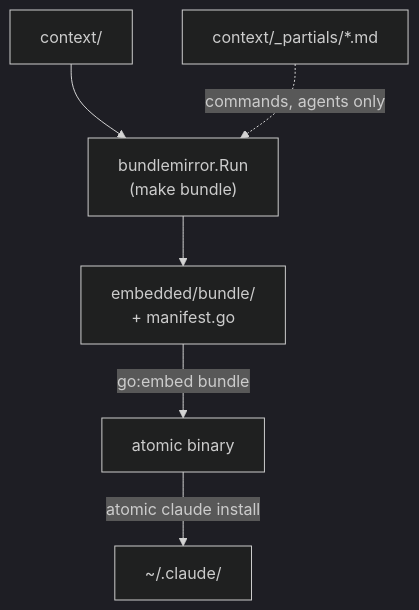
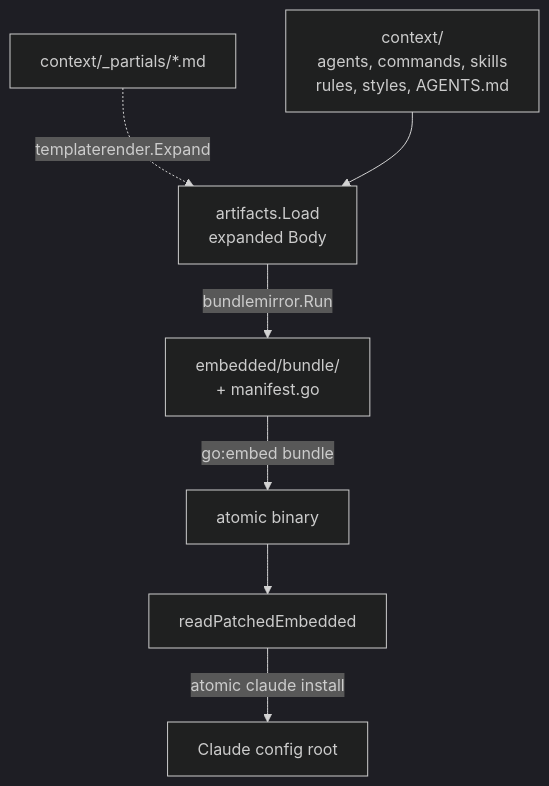
Before and after one commit to damusix/atomic-claude: the first of 5 diagrams in docs/wiki/bundle.md, drawn with Mermaid (dark theme). The commit also changed other lines of this file and 795 other files, not shown here.

First line of the commit message:
feat!: run Atomic on Claude Code, OMP, and Codex

````diff
--- a/docs/wiki/bundle.md
+++ b/docs/wiki/bundle.md
@@ -27,15 +31,13 @@
 ```mermaid
 flowchart TD
-    %% source: atomic/internal/bundlemirror/mirror.go, atomic/internal/templaterender/templaterender.go, atomic/internal/embedded/bundle.go, atomic/internal/claudeinstall/install.go
-    CTX["context/"]
+    %% source: atomic/internal/artifacts/catalog.go, atomic/internal/bundlemirror/mirror.go, atomic/internal/embedded/bundle.go, atomic/internal/claudeinstall/install.go
     PART["context/_partials/*.md"]
-    MIR["bundlemirror.Run<br/>(make bundle)"]
-    EMB["embedded/bundle/<br/>+ manifest.go"]
-    BIN["atomic binary"]
-    HOME["~/.claude/"]
-    CTX --> MIR
-    PART -.->|"commands, agents only"| MIR
-    MIR --> EMB
-    EMB -->|"go:embed bundle"| BIN
-    BIN -->|"atomic claude install"| HOME
+    CTX["context/<br/>agents, commands, skills<br/>rules, styles, AGENTS.md"]
+    CAT["artifacts.Load<br/>expanded Body"]
+    PART -.->|"templaterender.Expand"| CAT
+    CTX --> CAT
+    CAT -->|"bundlemirror.Run"| EMB["embedded/bundle/<br/>+ manifest.go"]
+    EMB -->|"go:embed bundle"| BIN["atomic binary"]
+    BIN --> RPE["readPatchedEmbedded"]
+    RPE -->|"atomic claude install"| HOME["Claude config root"]
 ```
````
